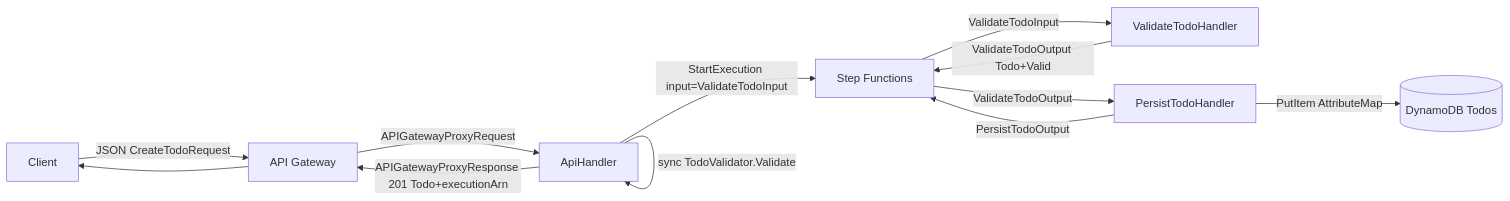
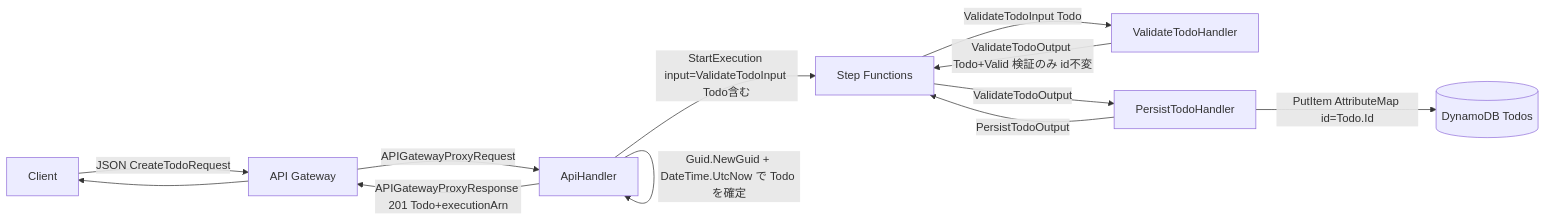
One commit to NagasakaH/dev-process changed the second of 3 diagrams in docs/floci-apigateway-csharp/design/03_data-structure-design.md. Above: the diagram before and after it, drawn with Mermaid. The commit also changed other lines of this file and 7 other files, not shown here.

````diff
--- a/docs/floci-apigateway-csharp/design/03_data-structure-design.md
+++ b/docs/floci-apigateway-csharp/design/03_data-structure-design.md
@@ -141,14 +142,15 @@
 ```mermaid
 flowchart LR
     C[Client] -->|JSON CreateTodoRequest| AGW[API Gateway]
     AGW -->|APIGatewayProxyRequest| H[ApiHandler]
-    H -->|sync TodoValidator.Validate| H
-    H -->|StartExecution input=ValidateTodoInput| SFN[Step Functions]
-    SFN -->|ValidateTodoInput| V[ValidateTodoHandler]
-    V -->|ValidateTodoOutput Todo+Valid| SFN
+    H -->|sync TodoValidator.Validate + description 正規化| H
+    H -->|Guid.NewGuid + DateTime.UtcNow で Todo を確定| H
+    H -->|StartExecution input=ValidateTodoInput Todo含む| SFN[Step Functions]
+    SFN -->|ValidateTodoInput Todo| V[ValidateTodoHandler]
+    V -->|ValidateTodoOutput Todo+Valid 検証のみ id不変| SFN
     SFN -->|ValidateTodoOutput| P[PersistTodoHandler]
-    P -->|PutItem AttributeMap| DDB[(DynamoDB Todos)]
+    P -->|PutItem AttributeMap id=Todo.Id| DDB[(DynamoDB Todos)]
     P -->|PersistTodoOutput| SFN
     H -->|APIGatewayProxyResponse 201 Todo+executionArn| AGW
     AGW --> C
 ```
````
